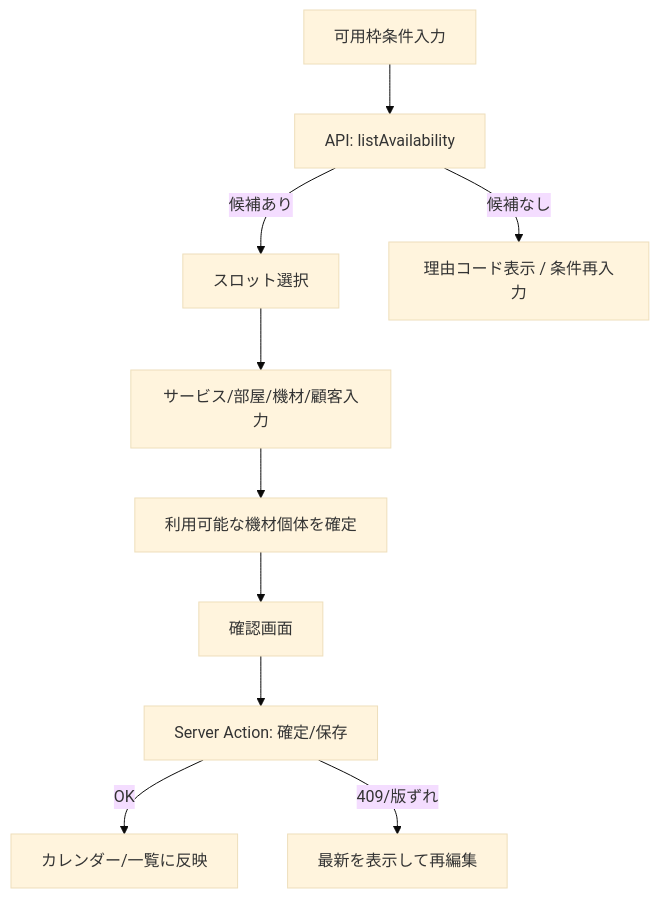
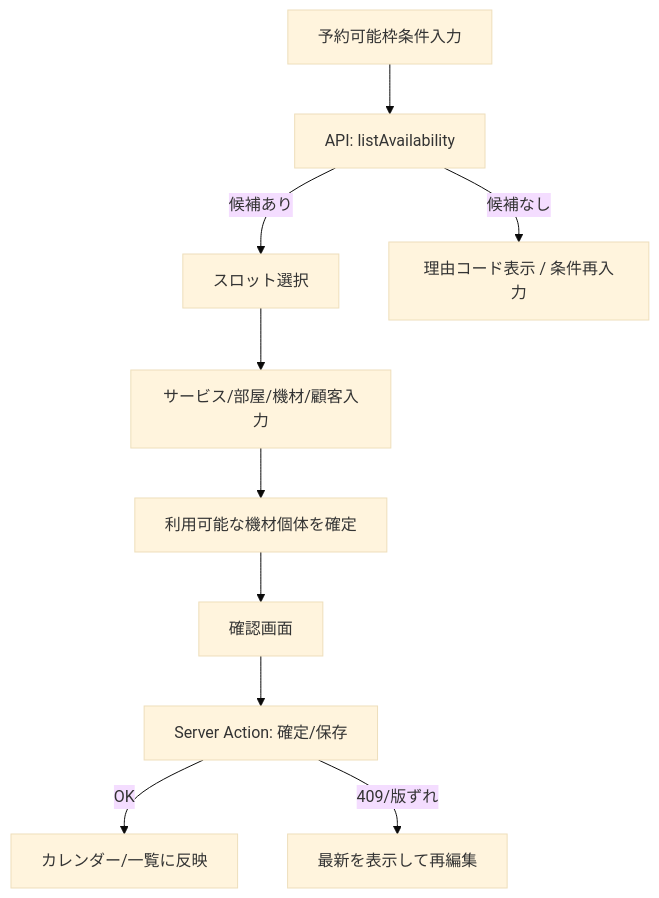
Before and after one commit to hira777/pulseboard: the diagram in docs/overview/use-cases.md, drawn with Mermaid (base theme). The commit also changed other lines of this file and 12 other files, not shown here.

````diff
--- a/docs/overview/use-cases.md
+++ b/docs/overview/use-cases.md
@@ -29,12 +29,12 @@
 ```mermaid
 flowchart TD
-  A["可用枠条件入力"] --> B["API: listAvailability"]
+  A["予約可能枠条件入力"] --> B["API: listAvailability"]
   B -->|候補あり| C["スロット選択"]
   B -->|候補なし| X["理由コード表示 / 条件再入力"]
   C --> D["サービス/部屋/機材/顧客入力"]
   D --> E["利用可能な機材個体を確定"]
   E --> F["確認画面"]
   F --> G["Server Action: 確定/保存"]
   G -->|OK| H["カレンダー/一覧に反映"]
   G -->|409/版ずれ| R["最新を表示して再編集"]
 ```
````
